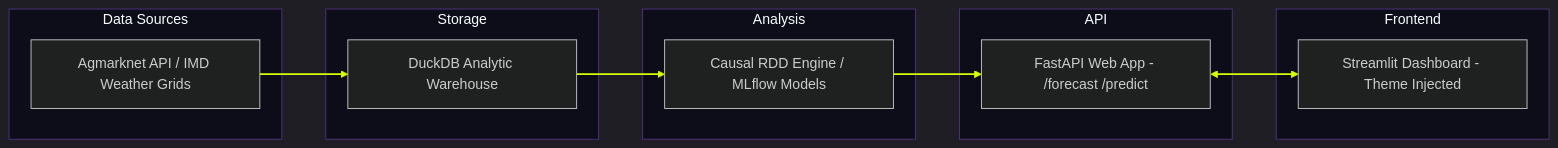
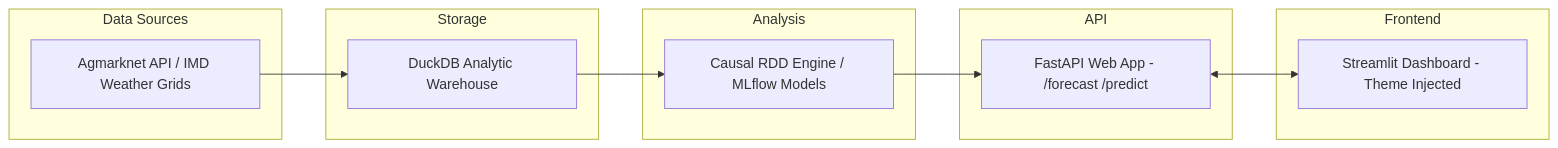
The second of 2 diagrams in technical-writeup.md (flawsom/test-mandi), drawn with Mermaid before and after one commit. The commit also changed other lines of this file and 13 other files, not shown here.

First line of the commit message:
docs: pre-render all remaining mermaid diagrams to Alche-themed SVGs

````diff
--- a/technical-writeup.md
+++ b/technical-writeup.md
@@ -144,24 +171,22 @@
 ```mermaid
-%%{init: {'theme': 'dark', 'themeVariables': { 'primaryColor': '#1a1a2e', 'primaryTextColor': '#fff', 'lineColor': '#d7ff00', 'secondaryColor': '#16213e', 'tertiaryColor': '#0f3460', 'clusterBkg': '#0d0d1a', 'clusterBorder': '#533483'}}}%%
 graph LR
     subgraph Sources[Data Sources]
         A[Agmarknet API / IMD Weather Grids]
     end
     subgraph Storage[Storage]
         B[DuckDB Analytic Warehouse]
     end
     subgraph Analysis[Analysis]
         C[Causal RDD Engine / MLflow Models]
     end
     subgraph API[API]
         D[FastAPI Web App - /forecast /predict]
     end
     subgraph Frontend[Frontend]
         E[Streamlit Dashboard - Theme Injected]
     end
     A --> B
     B --> C
     C --> D
     D <--> E
-    linkStyle default stroke-width:2px,fill:none,stroke:#d7ff00
 ```
````
